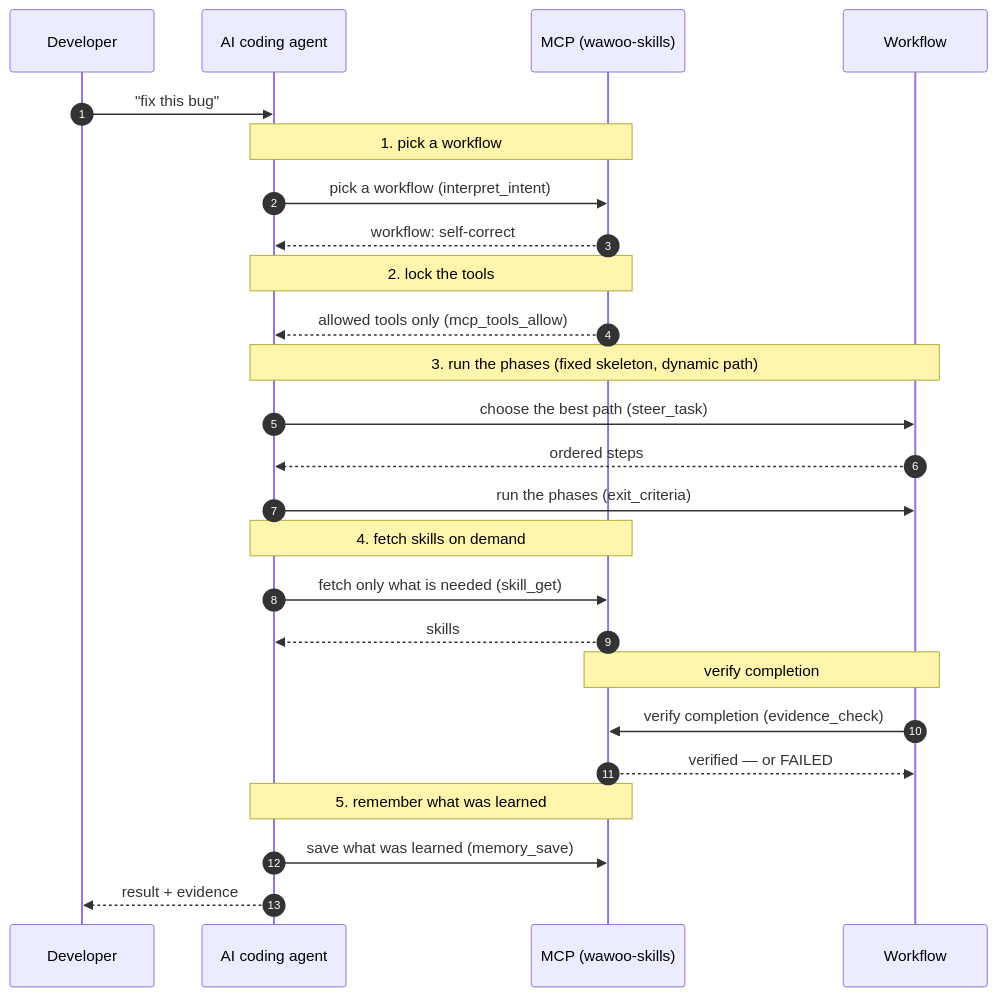
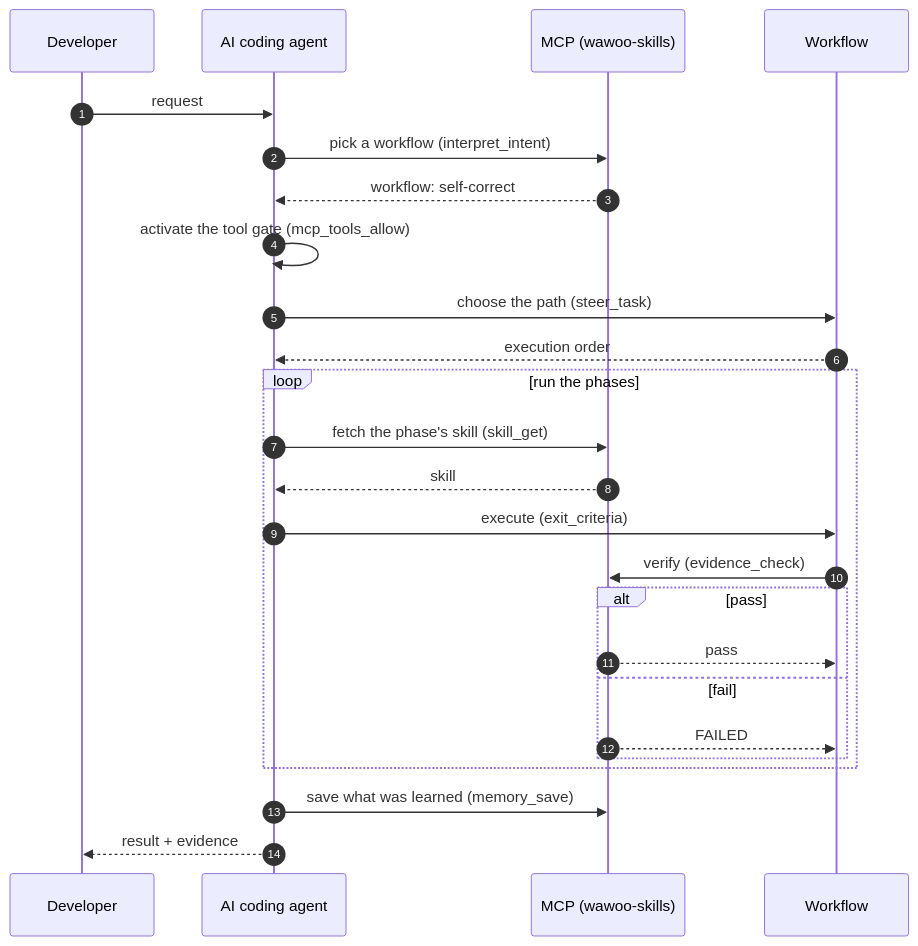
One commit to parkwoo/wawoo-agent-skills changed the diagram in README.md. Above: the diagram before and after it, drawn with Mermaid. The commit also changed 3 other files, not shown here.

Commit message:
docs: rewrite the sequence diagram as a clean request/reply with loop + alt (drop redundant notes)

````diff
--- a/README.md
+++ b/README.md
@@ -80,27 +80,27 @@
 ```mermaid
 sequenceDiagram
     autonumber
     participant U as Developer
     participant A as AI coding agent
     participant M as MCP (wawoo-skills)
     participant W as Workflow
-    U->>A: "fix this bug"
-    Note over A,M: 1. pick a workflow
+    U->>A: request
     A->>M: pick a workflow (interpret_intent)
     M-->>A: workflow: self-correct
-    Note over A,M: 2. lock the tools
-    M-->>A: allowed tools only (mcp_tools_allow)
-    Note over A,W: 3. run the phases (fixed skeleton, dynamic path)
-    A->>W: choose the best path (steer_task)
-    W-->>A: ordered steps
-    A->>W: run the phases (exit_criteria)
-    Note over A,M: 4. fetch skills on demand
-    A->>M: fetch only what is needed (skill_get)
-    M-->>A: skills
-    Note over W,M: verify completion
-    W->>M: verify completion (evidence_check)
-    M-->>W: verified — or FAILED
-    Note over A,M: 5. remember what was learned
+    A->>A: activate the tool gate (mcp_tools_allow)
+    A->>W: choose the path (steer_task)
+    W-->>A: execution order
+    loop run the phases
+        A->>M: fetch the phase's skill (skill_get)
+        M-->>A: skill
+        A->>W: execute (exit_criteria)
+        W->>M: verify (evidence_check)
+        alt pass
+            M-->>W: pass
+        else fail
+            M-->>W: FAILED
+        end
+    end
     A->>M: save what was learned (memory_save)
     A-->>U: result + evidence
 ```
````
